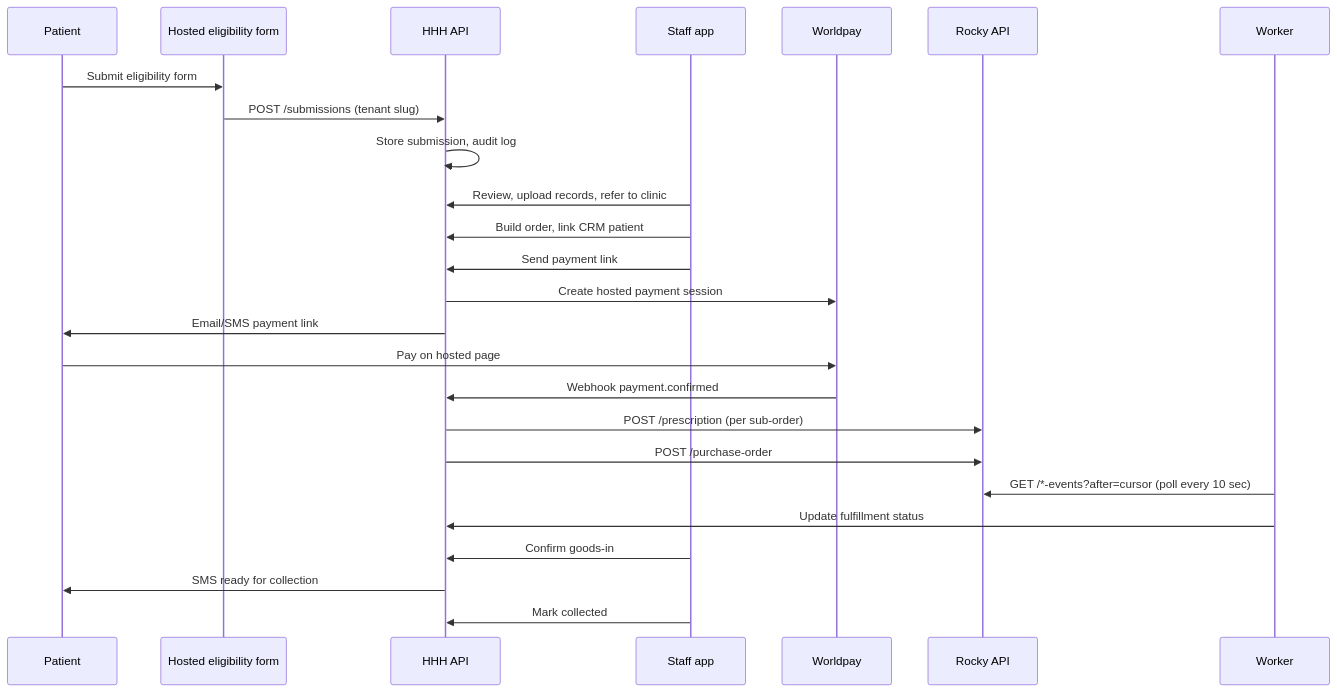
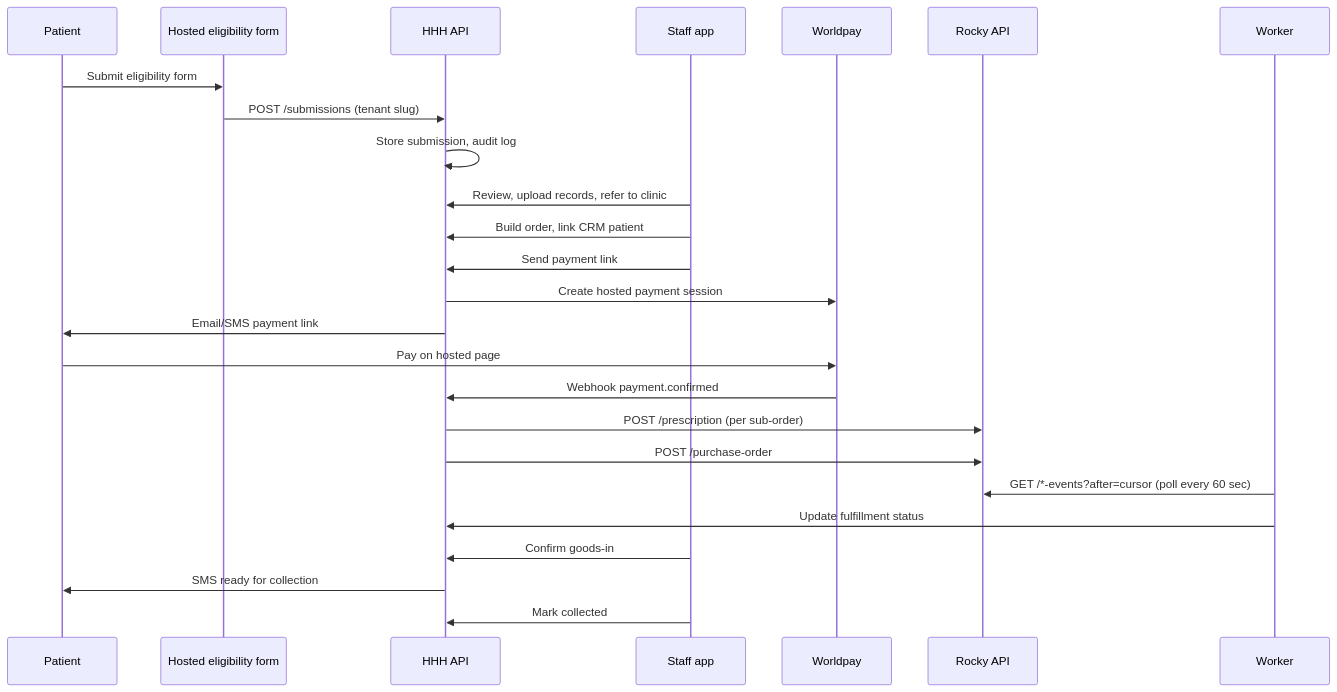
Before and after one commit to Healius-Consulting/HHH-Staging: the second of 3 diagrams in specs/production-architecture.md, drawn with Mermaid. The commit also changed other lines of this file and 8 other files, not shown here.

First line of the commit message:
Slim admin Platform to Curaleaf-only and poll every minute.

````diff
--- a/specs/production-architecture.md
+++ b/specs/production-architecture.md
@@ -388,28 +388,28 @@
 ```mermaid
 sequenceDiagram
     participant P as Patient
     participant E as Hosted eligibility form
     participant API as HHH API
     participant S as Staff app
     participant WP as Worldpay
     participant R as Rocky API
     participant W as Worker
 
     P->>E: Submit eligibility form
     E->>API: POST /submissions (tenant slug)
     API->>API: Store submission, audit log
     S->>API: Review, upload records, refer to clinic
     S->>API: Build order, link CRM patient
     S->>API: Send payment link
     API->>WP: Create hosted payment session
     API->>P: Email/SMS payment link
     P->>WP: Pay on hosted page
     WP->>API: Webhook payment.confirmed
     API->>R: POST /prescription (per sub-order)
     API->>R: POST /purchase-order
-    W->>R: GET /*-events?after=cursor (poll every 10 sec)
+    W->>R: GET /*-events?after=cursor (poll every 60 sec)
     W->>API: Update fulfillment status
     S->>API: Confirm goods-in
     API->>P: SMS ready for collection
     S->>API: Mark collected
 ```
````
